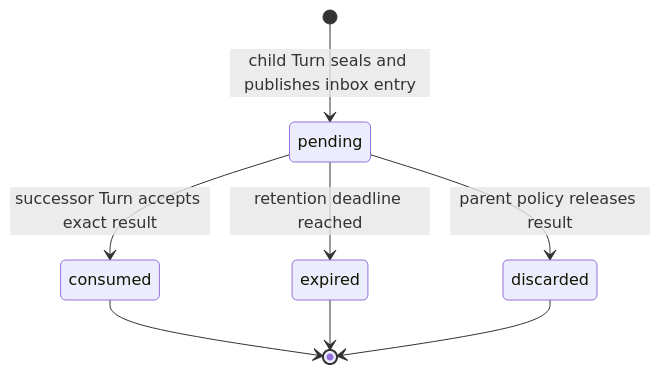
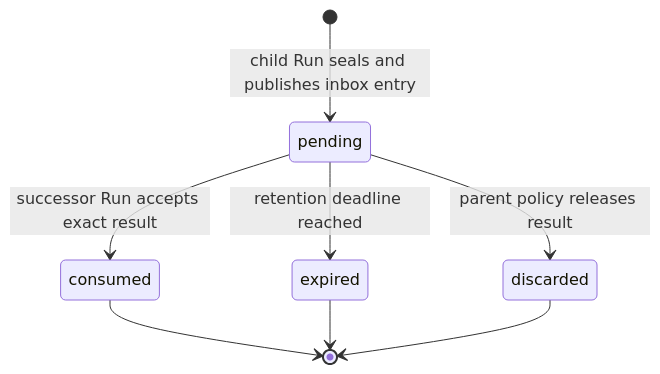
Before and after one commit to LTThreeComma/agent-foundation: the second of 2 diagrams in spec/foundation-service/18-async-subagents.md, drawn with Mermaid. The commit also changed other lines of this file and 50 other files, not shown here.

````diff
--- a/spec/foundation-service/18-async-subagents.md
+++ b/spec/foundation-service/18-async-subagents.md
@@ -66,10 +66,10 @@
 ```mermaid
 stateDiagram-v2
-    [*] --> pending: child Turn seals and publishes inbox entry
-    pending --> consumed: successor Turn accepts exact result
+    [*] --> pending: child Run seals and publishes inbox entry
+    pending --> consumed: successor Run accepts exact result
     pending --> expired: retention deadline reached
     pending --> discarded: parent policy releases result
     consumed --> [*]
     expired --> [*]
     discarded --> [*]
 ```
````
